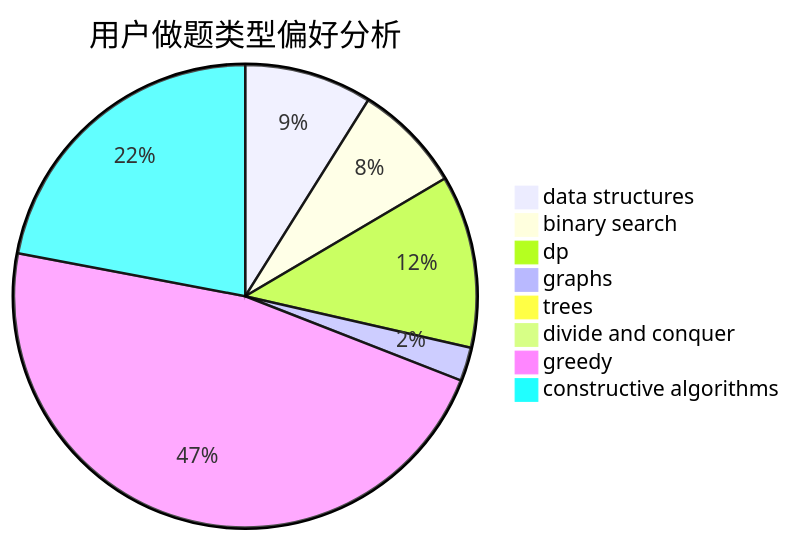
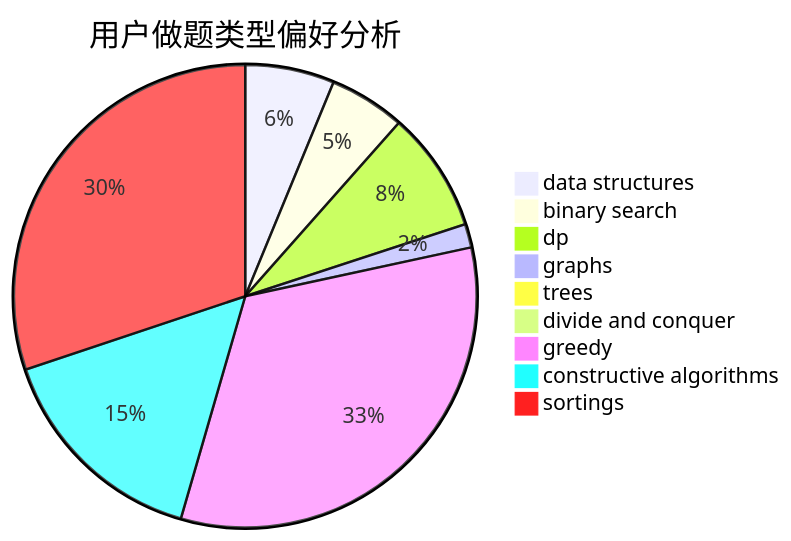
One commit to sherpahu/cfrs.github.io changed the second of 3 diagrams in docs/user/u178.md. Above: the diagram before and after it, drawn with Mermaid. The commit also changed other lines of this file and 2769 other files, not shown here.

````diff
--- a/docs/user/u178.md
+++ b/docs/user/u178.md
@@ -23,11 +18,12 @@
 ```mermaid
 pie title 用户做题类型偏好分析
     "data structures" :  68
     "binary search" :  58
     "dp" :  92
     "graphs" :  18
     "trees" :  0
     "divide and conquer" :  5
     "greedy" :  359
     "constructive algorithms" :  168
+    "sortings" :  329
 ```
````
